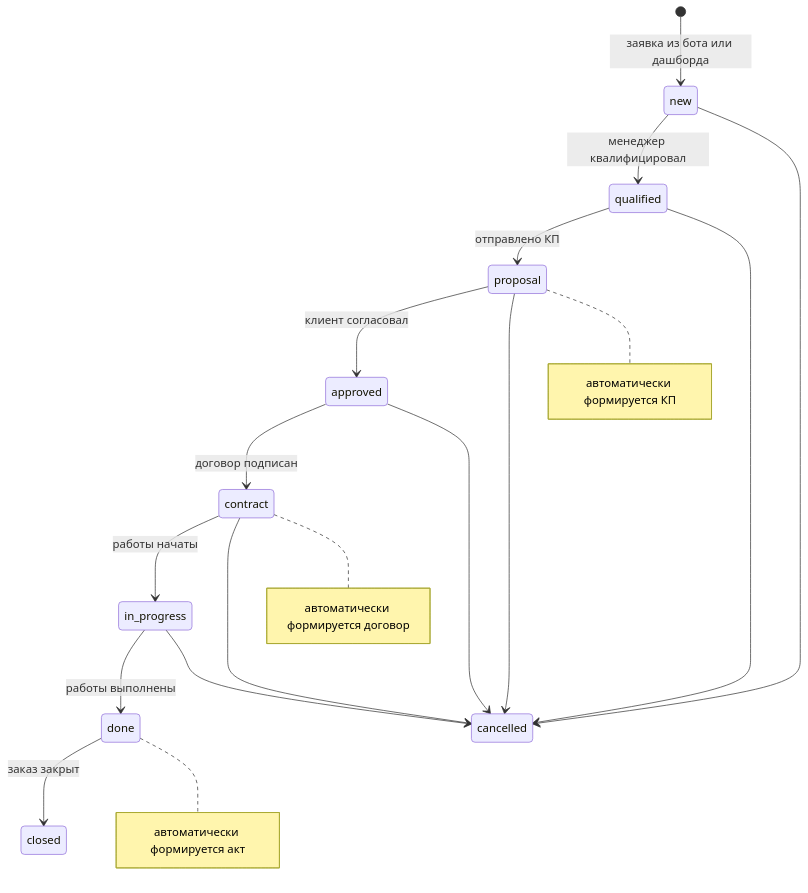
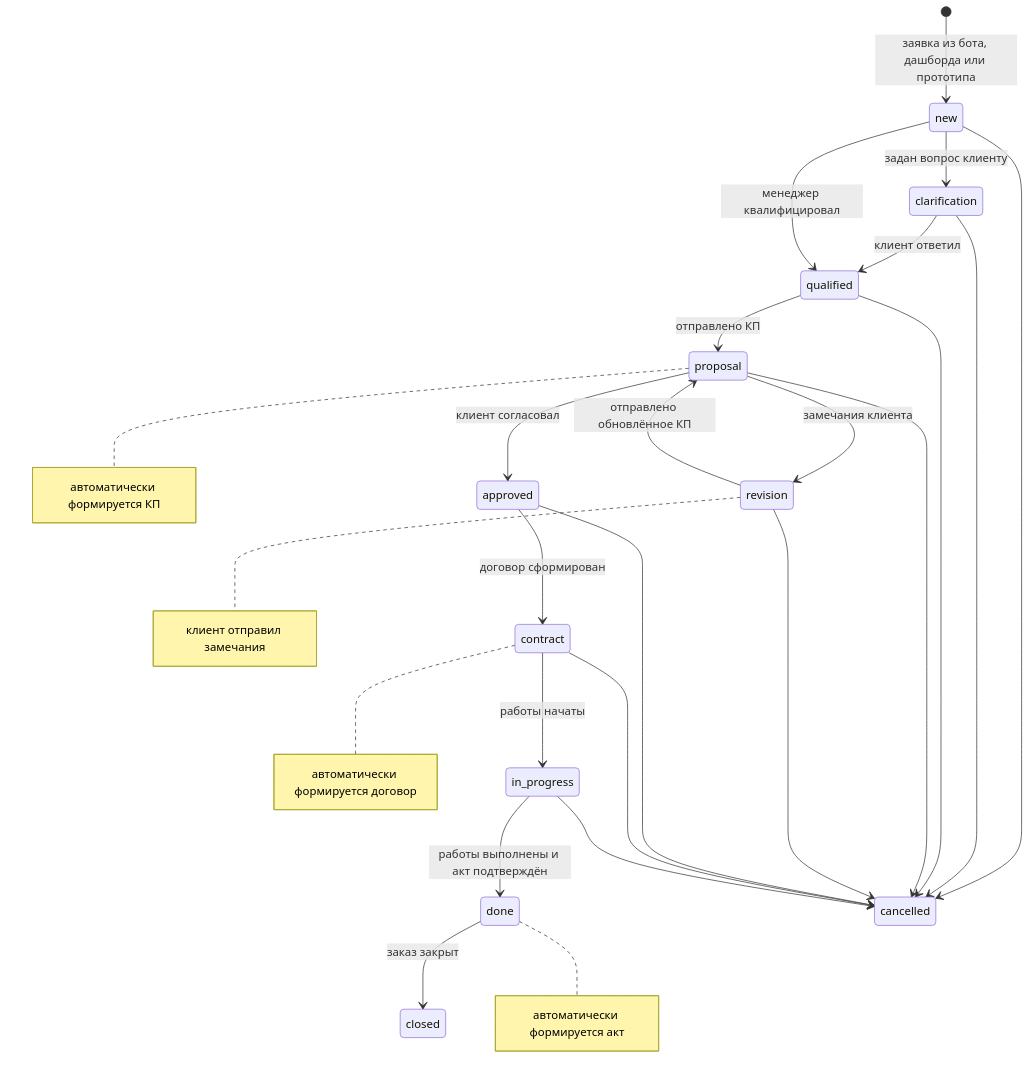
Before and after one commit to Yato92/SPS-ConsultFlow: the third of 3 diagrams in docs/bpmn.md, drawn with Mermaid. The commit also changed other lines of this file and 26 other files, not shown here.

````diff
--- a/docs/bpmn.md
+++ b/docs/bpmn.md
@@ -108,21 +108,28 @@
 ```mermaid
 stateDiagram-v2
-    [*] --> new: заявка из бота или дашборда
+    [*] --> new: заявка из бота, дашборда или прототипа
+    new --> clarification: задан вопрос клиенту
+    clarification --> qualified: клиент ответил
     new --> qualified: менеджер квалифицировал
     qualified --> proposal: отправлено КП
+    proposal --> revision: замечания клиента
+    revision --> proposal: отправлено обновлённое КП
     proposal --> approved: клиент согласовал
-    approved --> contract: договор подписан
+    approved --> contract: договор сформирован
     contract --> in_progress: работы начаты
-    in_progress --> done: работы выполнены
+    in_progress --> done: работы выполнены и акт подтверждён
     done --> closed: заказ закрыт
     new --> cancelled
+    clarification --> cancelled
     qualified --> cancelled
     proposal --> cancelled
+    revision --> cancelled
     approved --> cancelled
     contract --> cancelled
     in_progress --> cancelled
 
     note right of proposal: автоматически формируется КП
+    note right of revision: клиент отправил замечания
     note right of contract: автоматически формируется договор
     note right of done: автоматически формируется акт
 ```
````
